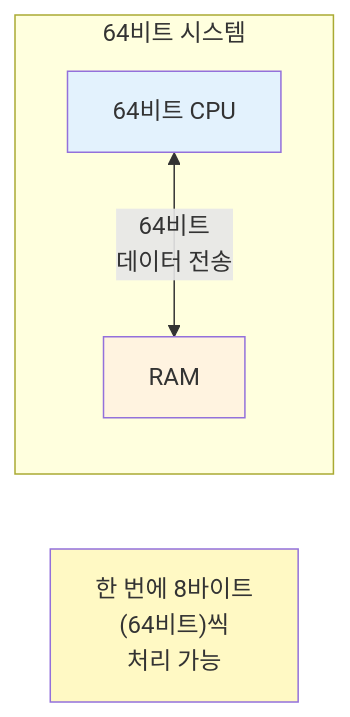
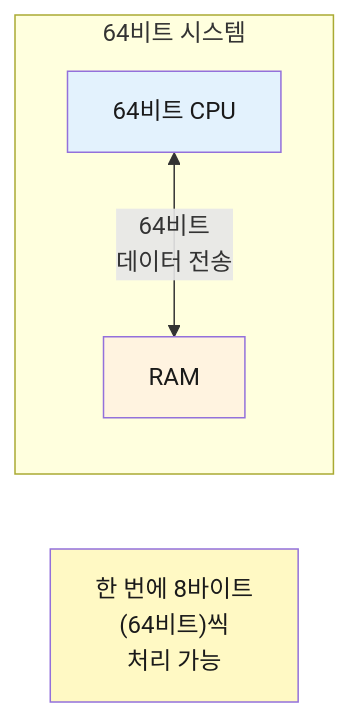
Before and after one commit to Cllaude99/cllaude99_labs: the fifth of 9 diagrams in apps/devblog/content/posts/computer-architecture.mdx, drawn with Mermaid. The commit also changed other lines of this file, not shown here.

Commit message:
fix: 컴퓨터 구조 글의 머메이드 다이어그램에 다크 모드 텍스트 색상 추가                                                           - 모든 다이어그램 style 정의에color:#1a1a1a 속성을 추가하여 다크 모드에서 글씨가 보이지 않는 문제를 수정했습니다.

````diff
--- a/apps/devblog/content/posts/computer-architecture.mdx
+++ b/apps/devblog/content/posts/computer-architecture.mdx
@@ -185,15 +185,15 @@
 ```mermaid
 graph LR
     subgraph System["64비트 시스템"]
         CPU["64비트 CPU"]
         RAM["RAM"]
     end
 
     CPU <-->|64비트<br/>데이터 전송| RAM
 
     Note["한 번에 8바이트<br/>(64비트)씩<br/>처리 가능"]
 
-    style CPU fill:#e3f2fd
-    style RAM fill:#fff3e0
-    style Note fill:#fff9c4
+    style CPU fill:#e3f2fd,color:#1a1a1a
+    style RAM fill:#fff3e0,color:#1a1a1a
+    style Note fill:#fff9c4,color:#1a1a1a
 ```
````
